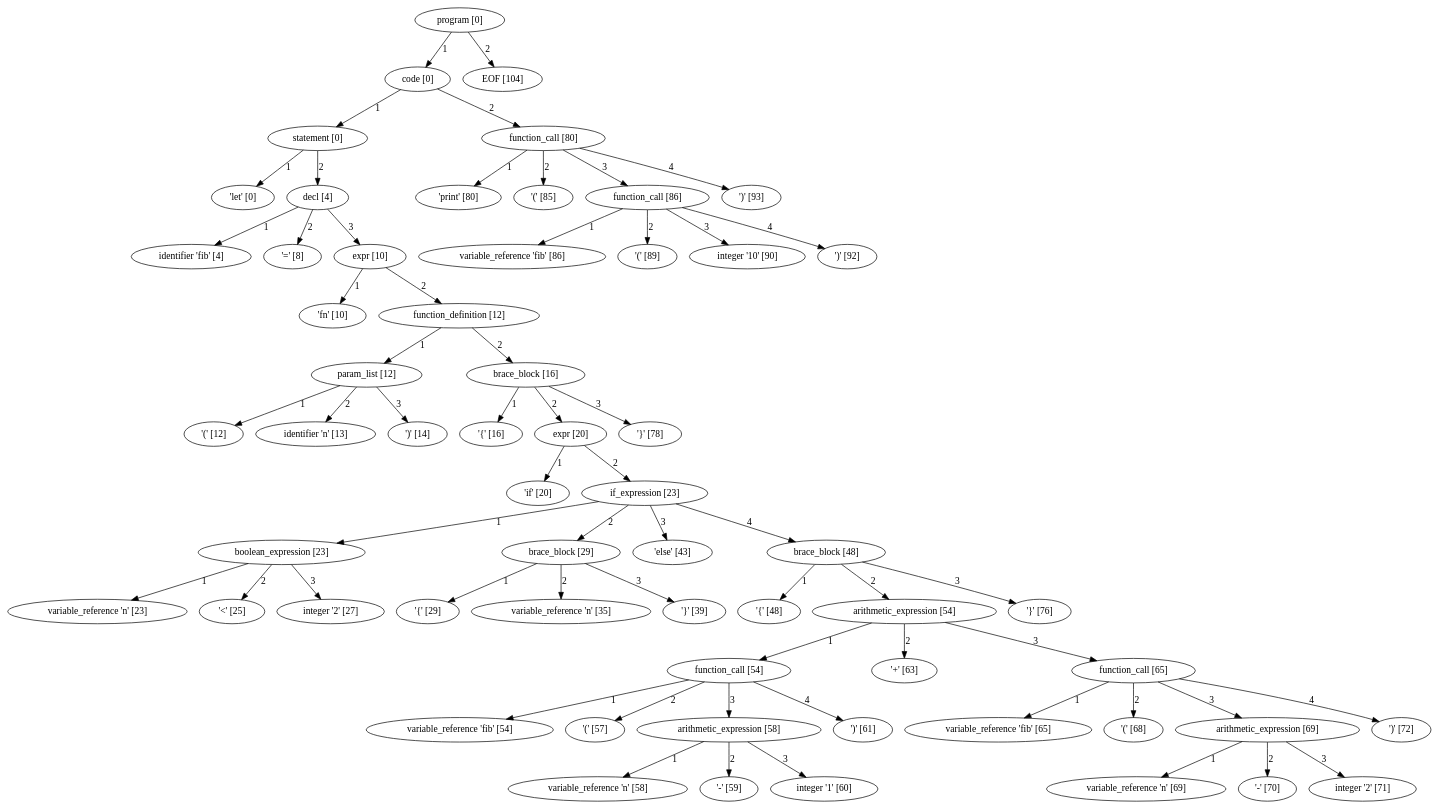
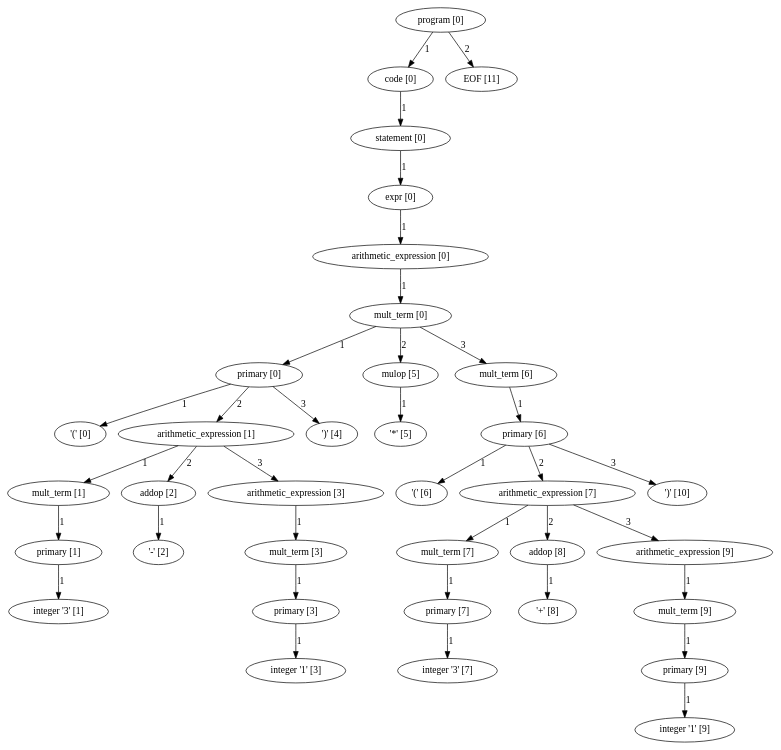
The diagram in PT.dot (pragdave/cs3342_smurf), drawn with Graphviz before and after one commit. The commit also changed 9 other files, not shown here.

```diff
--- a/PT.dot
+++ b/PT.dot
@@ -1,180 +1,108 @@
 digraph arpeggio_graph {
-88309288 [label="program [0]"];
-88309288->88309224 [label="1"]
+53635688 [label="program [0]"];
+53635688->53635752 [label="1"]
 
-88309224 [label="code [0]"];
-88309224->82345064 [label="1"]
+53635752 [label="code [0]"];
+53635752->54675560 [label="1"]
 
-82345064 [label="statement [0]"];
-82345064->82316840 [label="1"]
+54675560 [label="statement [0]"];
+54675560->54675496 [label="1"]
 
-82316840 [label=" 'let' [0]"];
-82345064->82345128 [label="2"]
+54675496 [label="expr [0]"];
+54675496->54675432 [label="1"]
 
-82345128 [label="decl [4]"];
-82345128->82316952 [label="1"]
+54675432 [label="arithmetic_expression [0]"];
+54675432->54675368 [label="1"]
 
-82316952 [label="identifier 'fib' [4]"];
-82345128->82317008 [label="2"]
+54675368 [label="mult_term [0]"];
+54675368->54673512 [label="1"]
 
-82317008 [label=" '=' [8]"];
-82345128->82344552 [label="3"]
+54673512 [label="primary [0]"];
+54673512->54475880 [label="1"]
 
-82344552 [label="expr [10]"];
-82344552->82317064 [label="1"]
+54475880 [label=" '(' [0]"];
+54673512->54673448 [label="2"]
 
-82317064 [label=" 'fn' [10]"];
-82344552->82344616 [label="2"]
+54673448 [label="arithmetic_expression [1]"];
+54673448->54488488 [label="1"]
 
-82344616 [label="function_definition [12]"];
-82344616->82344168 [label="1"]
+54488488 [label="mult_term [1]"];
+54488488->54488424 [label="1"]
 
-82344168 [label="param_list [12]"];
-82344168->82317120 [label="1"]
+54488424 [label="primary [1]"];
+54488424->54476104 [label="1"]
 
-82317120 [label=" '(' [12]"];
-82344168->82317232 [label="2"]
+54476104 [label="integer '3' [1]"];
+54673448->54488552 [label="2"]
 
-82317232 [label="identifier 'n' [13]"];
-82344168->87175208 [label="3"]
+54488552 [label="addop [2]"];
+54488552->54476160 [label="1"]
 
-87175208 [label=" ')' [14]"];
-82344616->82345192 [label="2"]
+54476160 [label=" '-' [2]"];
+54673448->54489000 [label="3"]
 
-82345192 [label="brace_block [16]"];
-82345192->87175264 [label="1"]
+54489000 [label="arithmetic_expression [3]"];
+54489000->54488936 [label="1"]
 
-87175264 [label=" '{' [16]"];
-82345192->88306344 [label="2"]
+54488936 [label="mult_term [3]"];
+54488936->54488872 [label="1"]
 
-88306344 [label="expr [20]"];
-88306344->87175432 [label="1"]
+54488872 [label="primary [3]"];
+54488872->54476608 [label="1"]
 
-87175432 [label=" 'if' [20]"];
-88306344->88306280 [label="2"]
+54476608 [label="integer '1' [3]"];
+54673512->54476664 [label="3"]
 
-88306280 [label="if_expression [23]"];
-88306280->82344232 [label="1"]
+54476664 [label=" ')' [4]"];
+54675368->54673576 [label="2"]
 
-82344232 [label="boolean_expression [23]"];
-82344232->87176216 [label="1"]
+54673576 [label="mulop [5]"];
+54673576->54476720 [label="1"]
 
-87176216 [label="variable_reference 'n' [23]"];
-82344232->87176272 [label="2"]
+54476720 [label=" '*' [5]"];
+54675368->54675304 [label="3"]
 
-87176272 [label=" '<' [25]"];
-82344232->87175376 [label="3"]
+54675304 [label="mult_term [6]"];
+54675304->54675240 [label="1"]
 
-87175376 [label="integer '2' [27]"];
-88306280->82344296 [label="2"]
+54675240 [label="primary [6]"];
+54675240->54682480 [label="1"]
 
-82344296 [label="brace_block [29]"];
-82344296->87175544 [label="1"]
+54682480 [label=" '(' [6]"];
+54675240->54675176 [label="2"]
 
-87175544 [label=" '{' [29]"];
-82344296->87177560 [label="2"]
+54675176 [label="arithmetic_expression [7]"];
+54675176->54674600 [label="1"]
 
-87177560 [label="variable_reference 'n' [35]"];
-82344296->87177616 [label="3"]
+54674600 [label="mult_term [7]"];
+54674600->54674536 [label="1"]
 
-87177616 [label=" '}' [39]"];
-88306280->87177672 [label="3"]
+54674536 [label="primary [7]"];
+54674536->54682704 [label="1"]
 
-87177672 [label=" 'else' [43]"];
-88306280->88306216 [label="4"]
+54682704 [label="integer '3' [7]"];
+54675176->54674664 [label="2"]
 
-88306216 [label="brace_block [48]"];
-88306216->87177728 [label="1"]
+54674664 [label="addop [8]"];
+54674664->54682760 [label="1"]
 
-87177728 [label=" '{' [48]"];
-88306216->88306152 [label="2"]
+54682760 [label=" '+' [8]"];
+54675176->54675112 [label="3"]
 
-88306152 [label="arithmetic_expression [54]"];
-88306152->82345576 [label="1"]
+54675112 [label="arithmetic_expression [9]"];
+54675112->54675048 [label="1"]
 
-82345576 [label="function_call [54]"];
-82345576->87660888 [label="1"]
+54675048 [label="mult_term [9]"];
+54675048->54674984 [label="1"]
 
-87660888 [label="variable_reference 'fib' [54]"];
-82345576->87660944 [label="2"]
+54674984 [label="primary [9]"];
+54674984->54683208 [label="1"]
 
-87660944 [label=" '(' [57]"];
-82345576->82345512 [label="3"]
+54683208 [label="integer '1' [9]"];
+54675240->54683264 [label="3"]
 
-82345512 [label="arithmetic_expression [58]"];
-82345512->87662344 [label="1"]
+54683264 [label=" ')' [10]"];
+53635688->53650848 [label="2"]
 
-87662344 [label="variable_reference 'n' [58]"];
-82345512->87662400 [label="2"]
-
-87662400 [label=" '-' [59]"];
-82345512->87970112 [label="3"]
-
-87970112 [label="integer '1' [60]"];
-82345576->87970168 [label="4"]
-
-87970168 [label=" ')' [61]"];
-88306152->87970224 [label="2"]
-
-87970224 [label=" '+' [63]"];
-88306152->88306088 [label="3"]
-
-88306088 [label="function_call [65]"];
-88306088->88267600 [label="1"]
-
-88267600 [label="variable_reference 'fib' [65]"];
-88306088->88267656 [label="2"]
-
-88267656 [label=" '(' [68]"];
-88306088->88306024 [label="3"]
-
-88306024 [label="arithmetic_expression [69]"];
-88306024->88580416 [label="1"]
-
-88580416 [label="variable_reference 'n' [69]"];
-88306024->88580472 [label="2"]
-
-88580472 [label=" '-' [70]"];
-88306024->88580920 [label="3"]
-
-88580920 [label="integer '2' [71]"];
-88306088->88580976 [label="4"]
-
-88580976 [label=" ')' [72]"];
-88306216->88581032 [label="3"]
-
-88581032 [label=" '}' [76]"];
-82345192->87175712 [label="3"]
-
-87175712 [label=" '}' [78]"];
-88309224->88309160 [label="2"]
-
-88309160 [label="function_call [80]"];
-88309160->91620264 [label="1"]
-
-91620264 [label=" 'print' [80]"];
-88309160->91620320 [label="2"]
-
-91620320 [label=" '(' [85]"];
-88309160->88309096 [label="3"]
-
-88309096 [label="function_call [86]"];
-88309096->92287856 [label="1"]
-
-92287856 [label="variable_reference 'fib' [86]"];
-88309096->92287912 [label="2"]
-
-92287912 [label=" '(' [89]"];
-88309096->92288808 [label="3"]
-
-92288808 [label="integer '10' [90]"];
-88309096->92288864 [label="4"]
-
-92288864 [label=" ')' [92]"];
-88309160->92288920 [label="4"]
-
-92288920 [label=" ')' [93]"];
-88309288->92288976 [label="2"]
-
-92288976 [label="EOF [104]"];
+53650848 [label="EOF [11]"];
 }
```
